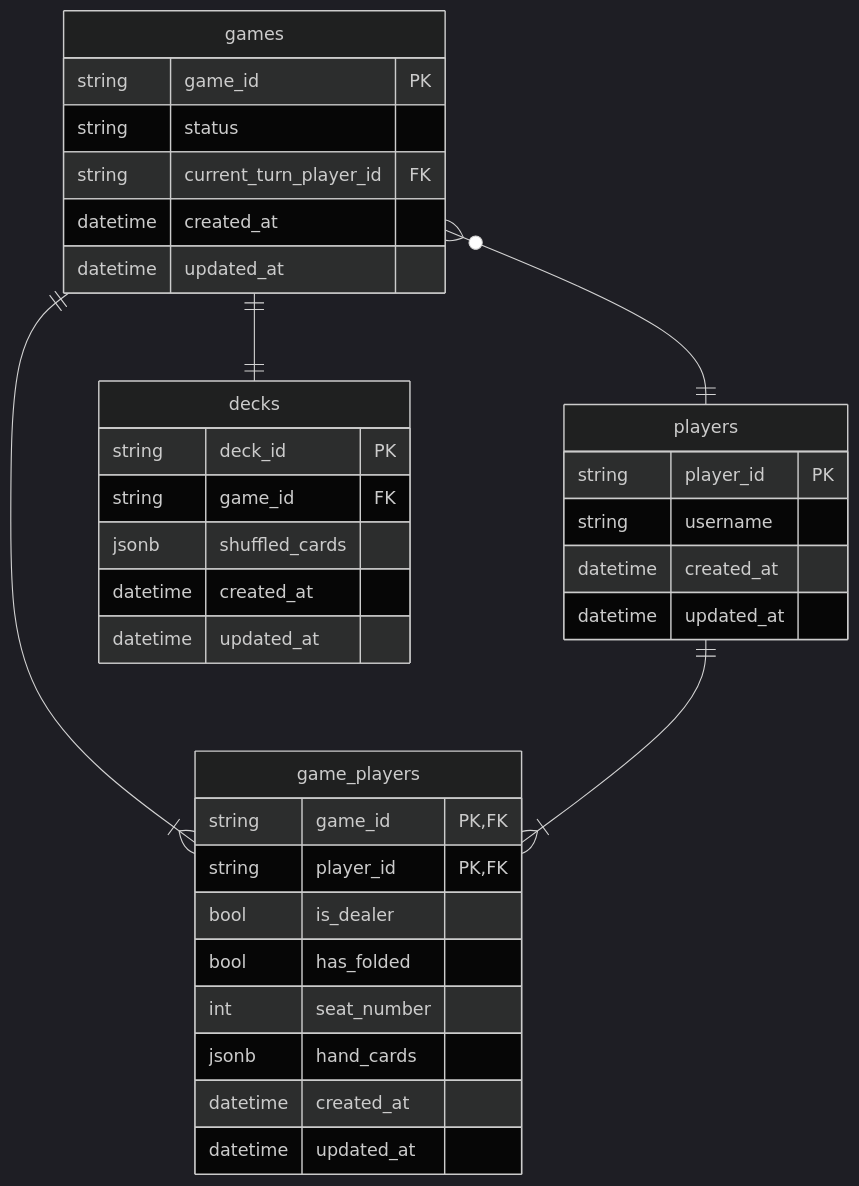
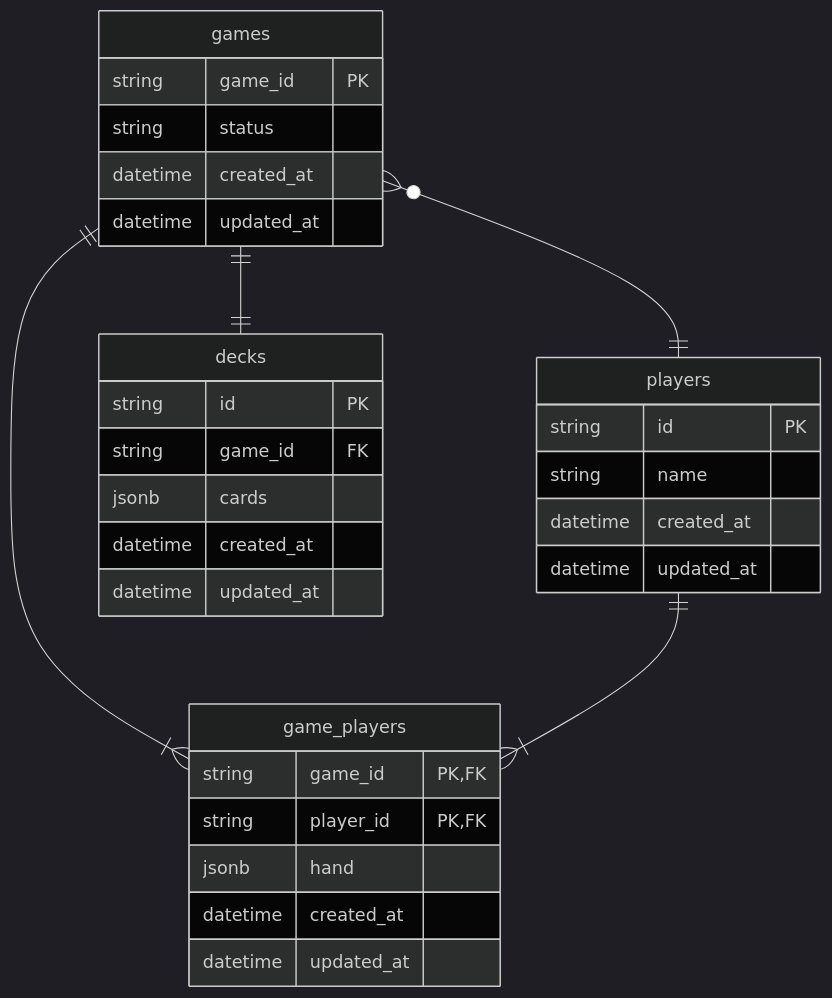
Before and after one commit to satokiy/poker-rust: the diagram in migration/ER.md, drawn with Mermaid (dark theme).

````diff
--- a/migration/ER.md
+++ b/migration/ER.md
@@ -1,41 +1,41 @@
 ```mermaid
 erDiagram
     games ||--|{ game_players : ""
     players ||--|{ game_players : ""
     games ||--|| decks : ""
     games }o--|| players : ""
 
     games {
         string game_id PK
         string status
-        string current_turn_player_id FK
+        %% string current_turn_player_id FK
         datetime created_at
         datetime updated_at
     }
 
     players {
-        string player_id PK
-        string username
+        string id PK
+        string name
         datetime created_at
         datetime updated_at
     }
 
     game_players {
         string game_id PK,FK
         string player_id PK,FK
-        bool is_dealer
-        bool has_folded
-        int seat_number
-        jsonb hand_cards
+        %% bool is_dealer
+        %% bool has_folded
+        %% int seat_number
+        jsonb hand
         datetime created_at
         datetime updated_at
     }
     
     decks {
-        string deck_id PK
+        string id PK
         string game_id FK
-        jsonb shuffled_cards
+        jsonb cards
         datetime created_at
         datetime updated_at
     }
 ```
````
